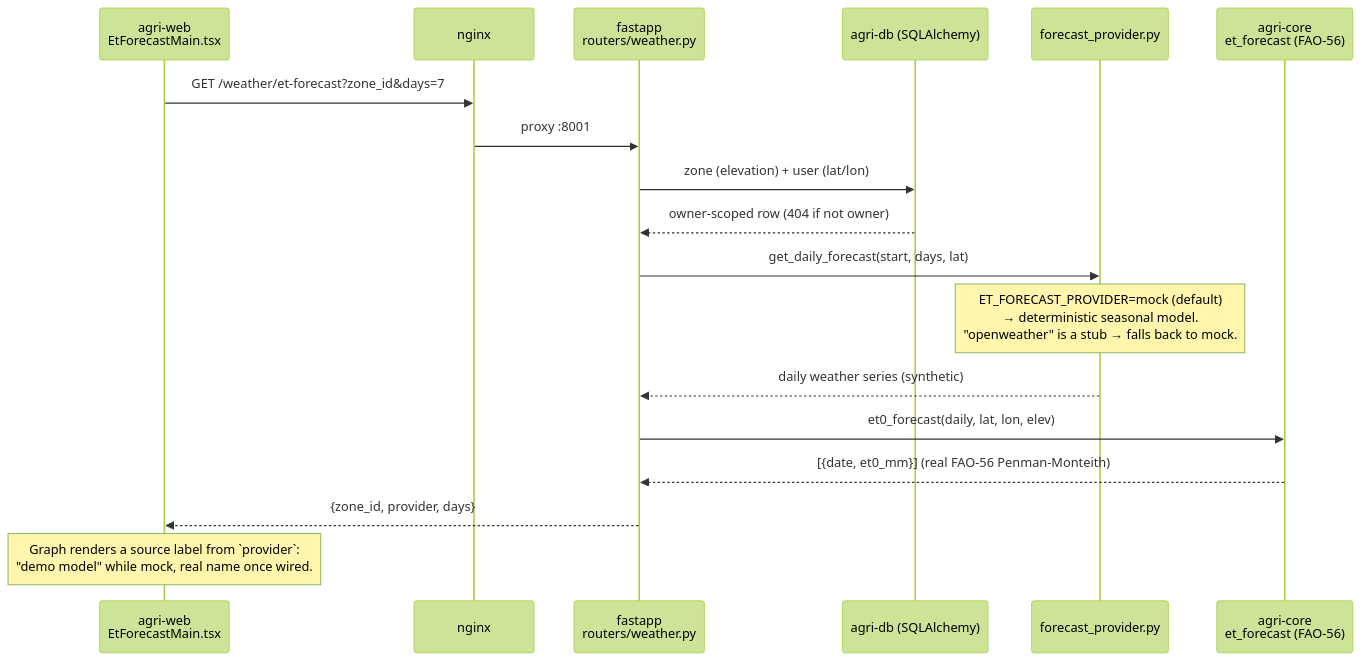
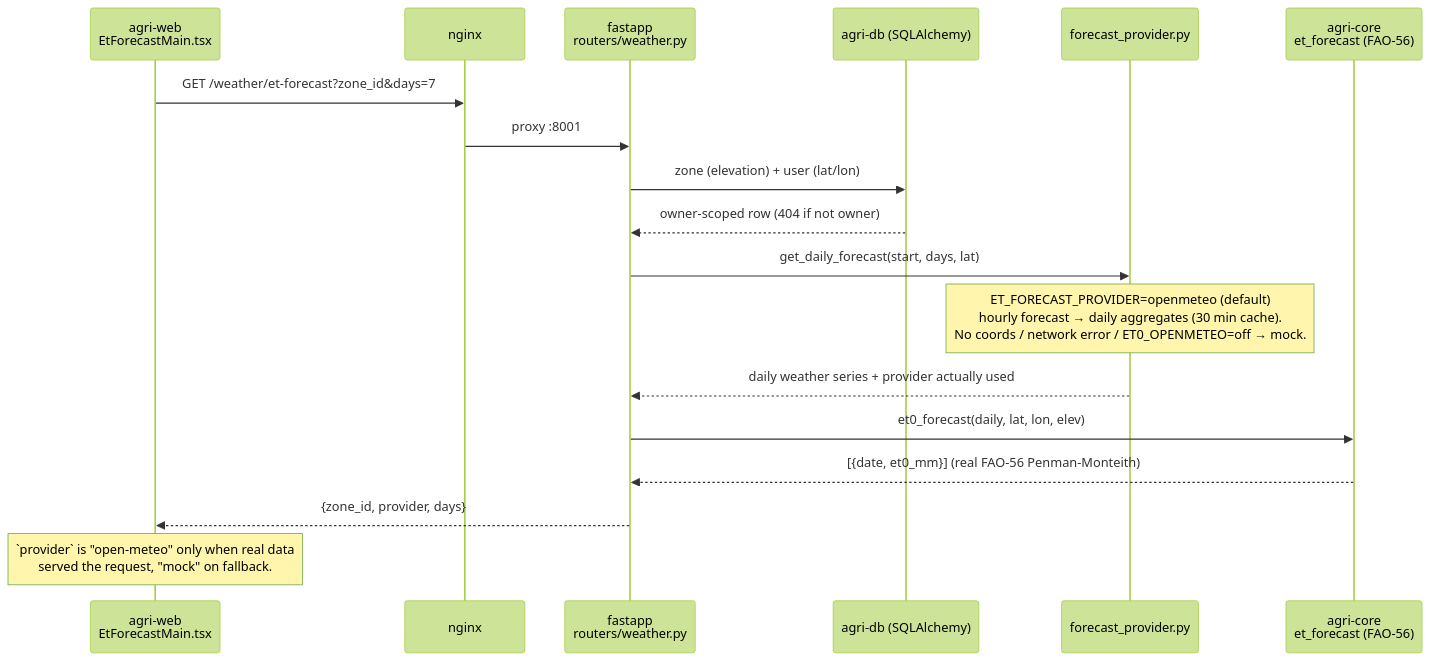
Before and after one commit to AgriLogy/.github: the sixth of 10 diagrams in ARCHITECTURE.md, drawn with Mermaid (forest theme). The commit also changed other lines of this file, not shown here.

First line of the commit message:
docs(architecture): ET0 forecast now uses a real Open-Meteo forecast (#8)

````diff
--- a/ARCHITECTURE.md
+++ b/ARCHITECTURE.md
@@ -289,21 +290,21 @@
 ```mermaid
 sequenceDiagram
     participant UI as agri-web<br/>EtForecastMain.tsx
     participant NG as nginx
     participant FA as fastapp<br/>routers/weather.py
     participant DB as agri-db (SQLAlchemy)
     participant PV as forecast_provider.py
     participant CO as agri-core<br/>et_forecast (FAO-56)
 
     UI->>NG: GET /weather/et-forecast?zone_id&days=7
     NG->>FA: proxy :8001
     FA->>DB: zone (elevation) + user (lat/lon)
     DB-->>FA: owner-scoped row (404 if not owner)
     FA->>PV: get_daily_forecast(start, days, lat)
-    Note over PV: ET_FORECAST_PROVIDER=mock (default)<br/>→ deterministic seasonal model.<br/>"openweather" is a stub → falls back to mock.
-    PV-->>FA: daily weather series (synthetic)
+    Note over PV: ET_FORECAST_PROVIDER=openmeteo (default)<br/>hourly forecast → daily aggregates (30 min cache).<br/>No coords / network error / ET0_OPENMETEO=off → mock.
+    PV-->>FA: daily weather series + provider actually used
     FA->>CO: et0_forecast(daily, lat, lon, elev)
     CO-->>FA: [{date, et0_mm}] (real FAO-56 Penman-Monteith)
     FA-->>UI: {zone_id, provider, days}
-    Note over UI: Graph renders a source label from `provider`:<br/>"demo model" while mock, real name once wired.
+    Note over UI: `provider` is "open-meteo" only when real data<br/>served the request, "mock" on fallback.
 ```
````
